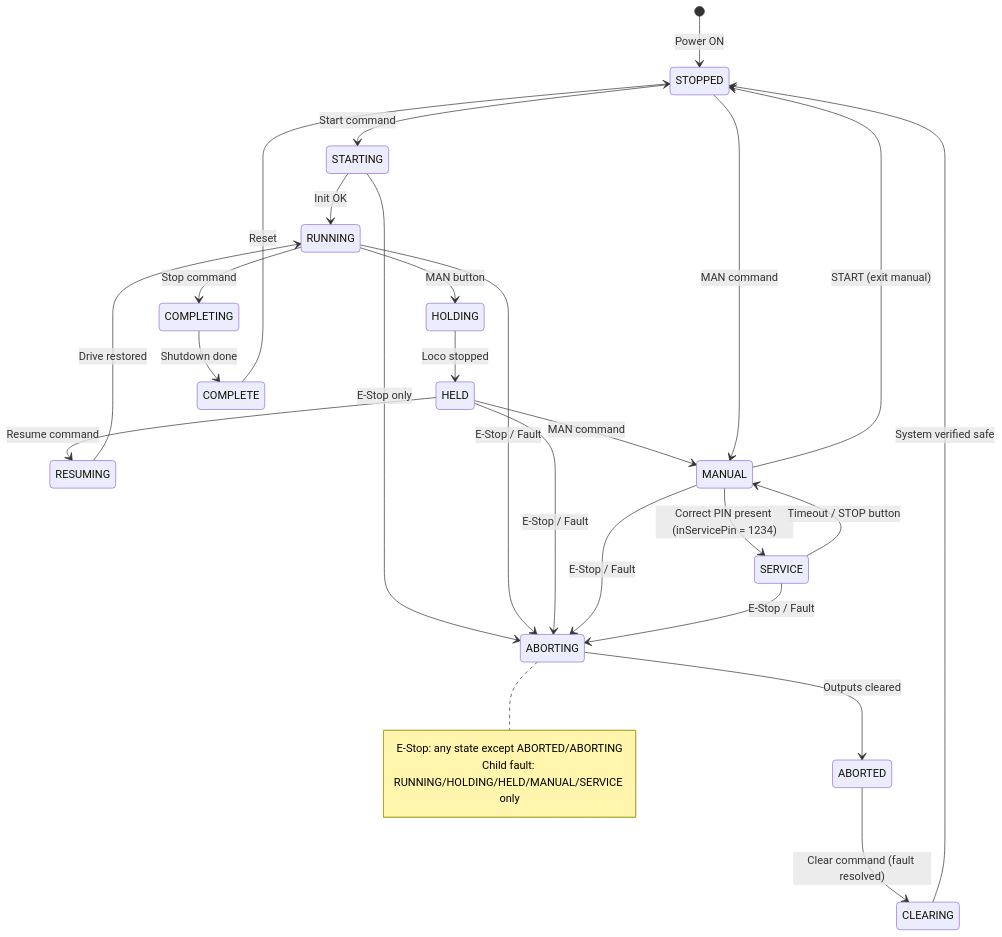
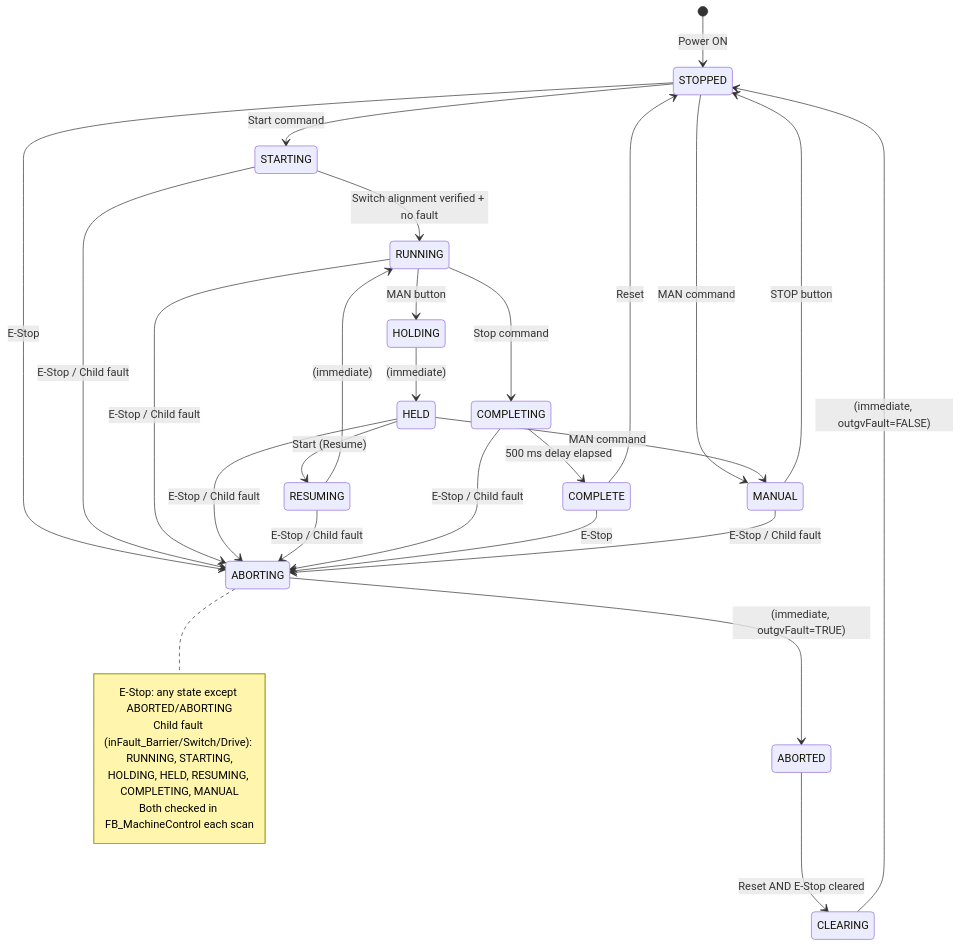
One commit to SpartanFOU/RPA changed the first of 3 diagrams in DOCUMENTATION.md. Above: the diagram before and after it, drawn with Mermaid. The commit also changed other lines of this file and 25 other files, not shown here.

````diff
--- a/DOCUMENTATION.md
+++ b/DOCUMENTATION.md
@@ -323,37 +315,41 @@
 ```mermaid
 stateDiagram-v2
     [*] --> STOPPED : Power ON
 
     STOPPED --> STARTING : Start command
-    STARTING --> RUNNING : Init OK
-    STARTING --> ABORTING : E-Stop only
+    STOPPED --> MANUAL : MAN command
+    STOPPED --> ABORTING : E-Stop
+
+    STARTING --> RUNNING : Switch alignment verified + no fault
+    STARTING --> ABORTING : E-Stop / Child fault
 
     RUNNING --> HOLDING : MAN button
     RUNNING --> COMPLETING : Stop command
-    RUNNING --> ABORTING : E-Stop / Fault
+    RUNNING --> ABORTING : E-Stop / Child fault
 
-    HOLDING --> HELD : Loco stopped
-    HELD --> RESUMING : Resume command
+    HOLDING --> HELD : (immediate)
+    HELD --> RESUMING : Start (Resume)
     HELD --> MANUAL : MAN command
-    HELD --> ABORTING : E-Stop / Fault
-    RESUMING --> RUNNING : Drive restored
+    HELD --> ABORTING : E-Stop / Child fault
+    RESUMING --> RUNNING : (immediate)
+    RESUMING --> ABORTING : E-Stop / Child fault
 
-    COMPLETING --> COMPLETE : Shutdown done
+    COMPLETING --> COMPLETE : 500 ms delay elapsed
+    COMPLETING --> ABORTING : E-Stop / Child fault
     COMPLETE --> STOPPED : Reset
+    COMPLETE --> ABORTING : E-Stop
 
-    ABORTING --> ABORTED : Outputs cleared
-    ABORTED --> CLEARING : Clear command (fault resolved)
-    CLEARING --> STOPPED : System verified safe
+    ABORTING --> ABORTED : (immediate, outgvFault=TRUE)
+    ABORTED --> CLEARING : Reset AND E-Stop cleared
+    CLEARING --> STOPPED : (immediate, outgvFault=FALSE)
 
-    STOPPED --> MANUAL : MAN command
-    MANUAL --> STOPPED : START (exit manual)
-    MANUAL --> SERVICE : Correct PIN present (inServicePin = 1234)
-    SERVICE --> MANUAL : Timeout / STOP button
-    MANUAL --> ABORTING : E-Stop / Fault
-    SERVICE --> ABORTING : E-Stop / Fault
+    MANUAL --> STOPPED : STOP button
+    MANUAL --> ABORTING : E-Stop / Child fault
 
     note right of ABORTING
         E-Stop: any state except ABORTED/ABORTING
-        Child fault: RUNNING/HOLDING/HELD/MANUAL/SERVICE only
+        Child fault (inFault_Barrier/Switch/Drive): RUNNING, STARTING,
+            HOLDING, HELD, RESUMING, COMPLETING, MANUAL
+        Both checked in FB_MachineControl each scan
     end note
 ```
````
